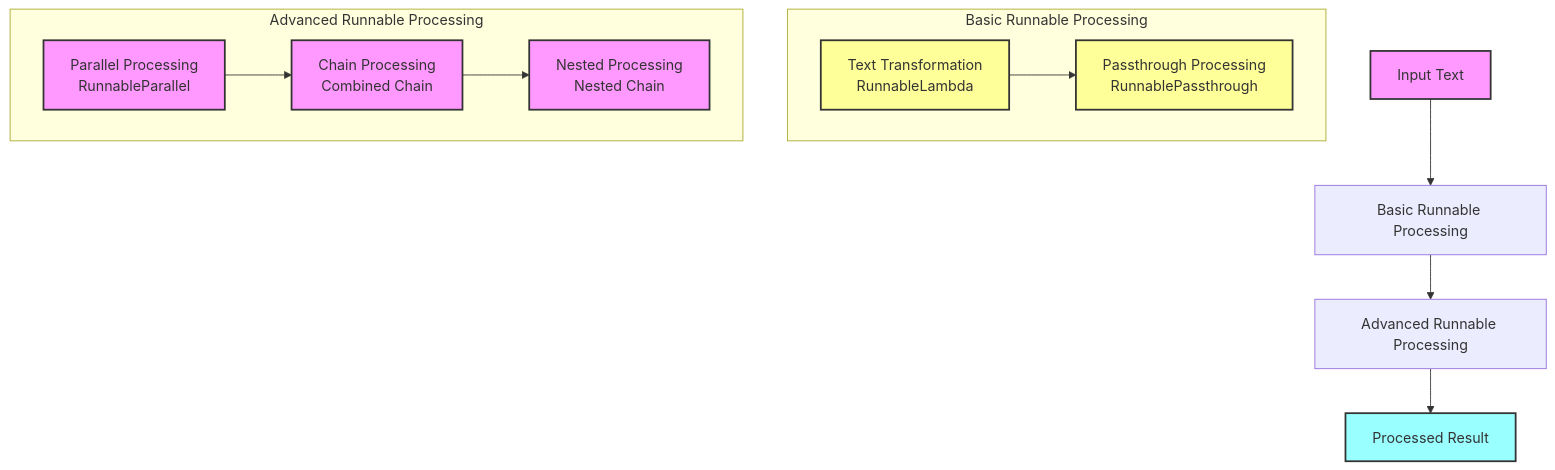
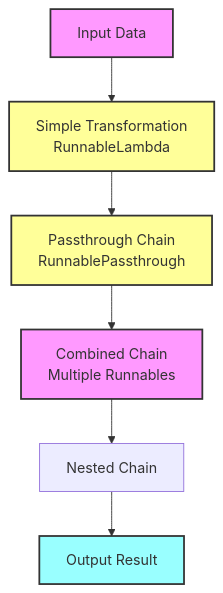
One commit to Sunwood-ai-labs/langchain-sandbox changed the first of 2 diagrams in docs/README.en.md. Above: the diagram before and after it, drawn with Mermaid. The commit also changed other lines of this file, not shown here.

````diff
--- a/docs/README.en.md
+++ b/docs/README.en.md
@@ -135,31 +67,14 @@
 ```mermaid
 graph TB
-    Input[Input Text] --> Basic[Basic Runnable Processing]
-    
-    subgraph "Basic Runnable Processing"
-        Transform[Text Transformation<br/>RunnableLambda]
-        Passthrough[Passthrough Processing<br/>RunnablePassthrough]
-        Transform --> Passthrough
-    end
-    
-    Basic --> Advanced[Advanced Runnable Processing]
-    
-    subgraph "Advanced Runnable Processing"
-        Parallel[Parallel Processing<br/>RunnableParallel]
-        Chain[Chain Processing<br/>Combined Chain]
-        Nested[Nested Processing<br/>Nested Chain]
-        
-        Parallel --> Chain
-        Chain --> Nested
-    end
-    
-    Advanced --> Output[Processed Result]
-    
+    Input[Input Data] --> SimpleTransform[Simple Transformation<br/>RunnableLambda]
+    SimpleTransform --> Passthrough[Passthrough Chain<br/>RunnablePassthrough]
+    Passthrough --> Combined[Combined Chain<br/>Multiple Runnables]
+    Combined --> Nested[Nested Chain]
+    Nested --> Output[Output Result]
+
     style Input fill:#f9f,stroke:#333,stroke-width:2px
     style Output fill:#9ff,stroke:#333,stroke-width:2px
-    style Transform fill:#ff9,stroke:#333,stroke-width:2px
+    style SimpleTransform fill:#ff9,stroke:#333,stroke-width:2px
     style Passthrough fill:#ff9,stroke:#333,stroke-width:2px
-    style Parallel fill:#f9f,stroke:#333,stroke-width:2px
-    style Chain fill:#f9f,stroke:#333,stroke-width:2px
-    style Nested fill:#f9f,stroke:#333,stroke-width:2px
+    style Combined fill:#f9f,stroke:#333,stroke-width:2px
 ```
````
